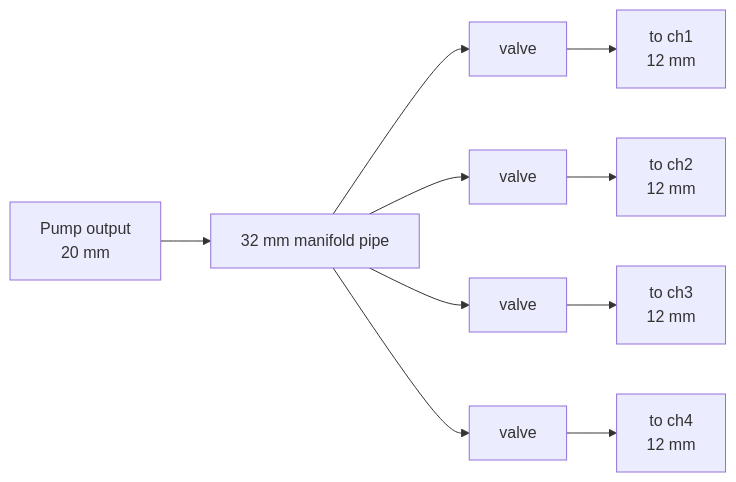
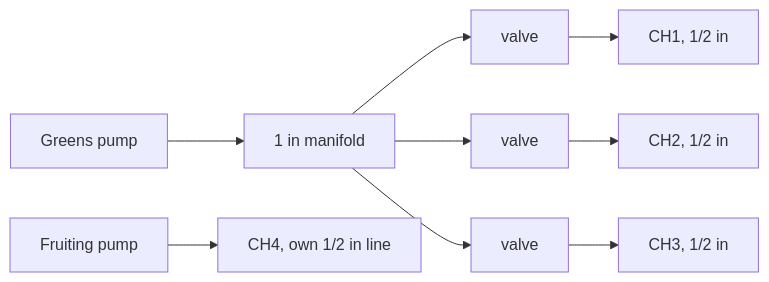
Diagram 11 of 17 in guide/nft/11-build-guide.md (UncleJS/guide_hydroponics), drawn with Mermaid before and after one commit. The commit also changed other lines of this file and 35 other files, not shown here.

````diff
--- a/guide/nft/11-build-guide.md
+++ b/guide/nft/11-build-guide.md
@@ -549,8 +559,8 @@
 ```mermaid
 flowchart LR
-    PUMP["Pump output<br/>20 mm"] --> MAN["32 mm manifold pipe"]
-    MAN --> V1["valve"] --> CH1["to ch1<br/>12 mm"]
-    MAN --> V2["valve"] --> CH2["to ch2<br/>12 mm"]
-    MAN --> V3["valve"] --> CH3["to ch3<br/>12 mm"]
-    MAN --> V4["valve"] --> CH4["to ch4<br/>12 mm"]
+    GP["Greens pump"] --> MAN["1 in manifold"]
+    MAN --> V1["valve"] --> CH1["CH1, 1/2 in"]
+    MAN --> V2["valve"] --> CH2["CH2, 1/2 in"]
+    MAN --> V3["valve"] --> CH3["CH3, 1/2 in"]
+    FP["Fruiting pump"] --> CH4["CH4, own 1/2 in line"]
 ```
````
